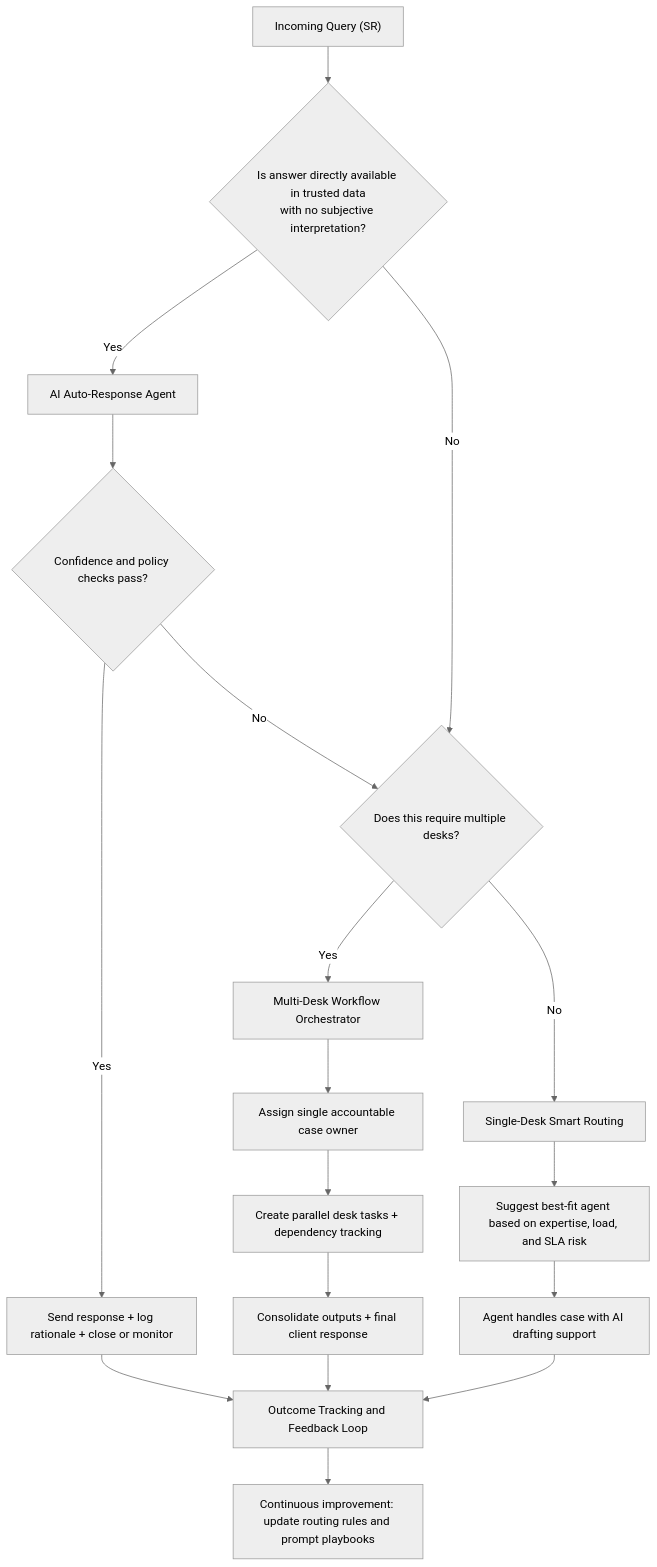
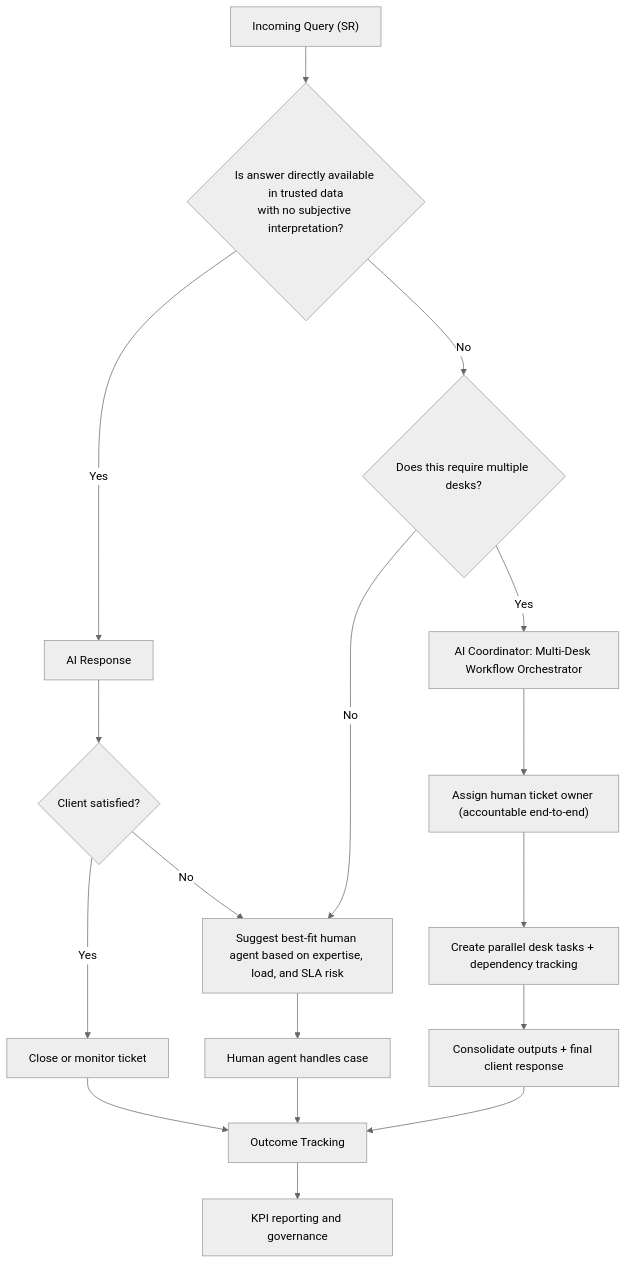
The diagram in solution/decision_tree/decision_tree.md (plutoskio/BNP_BDD), drawn with Mermaid (neutral theme) before and after one commit. The commit also changed other lines of this file, not shown here.

Commit message:
Save latest changes

````diff
--- a/solution/decision_tree/decision_tree.md
+++ b/solution/decision_tree/decision_tree.md
@@ -11,25 +11,24 @@
 ```mermaid
 flowchart TD
     A["Incoming Query (SR)"] --> B{"Is answer directly available in trusted data<br/>with no subjective interpretation?"}
 
-    B -- Yes --> C["AI Auto-Response Agent"]
-    C --> C1{"Confidence and policy checks pass?"}
-    C1 -- Yes --> C2["Send response + log rationale + close or monitor"]
-    C1 -- No --> D
+    B -- Yes --> C["AI Response"]
+    C --> C3{"Client satisfied?"}
+    C3 -- Yes --> C4["Close or monitor ticket"]
+    C3 -- No --> F["Suggest best-fit human agent based on expertise, load, and SLA risk"]
 
     B -- No --> D{"Does this require multiple desks?"}
 
-    D -- Yes --> E["Multi-Desk Workflow Orchestrator"]
-    E --> E1["Assign single accountable case owner"]
+    D -- No --> F["Suggest best-fit human agent based on expertise, load, and SLA risk"]
+    D -- Yes --> E["AI Coordinator: Multi-Desk Workflow Orchestrator"]
+    E --> E1["Assign human ticket owner (accountable end-to-end)"]
     E1 --> E2["Create parallel desk tasks + dependency tracking"]
     E2 --> E3["Consolidate outputs + final client response"]
 
-    D -- No --> F["Single-Desk Smart Routing"]
-    F --> F1["Suggest best-fit agent based on expertise, load, and SLA risk"]
-    F1 --> F2["Agent handles case with AI drafting support"]
+    F --> F2["Human agent handles case"]
 
-    C2 --> G["Outcome Tracking and Feedback Loop"]
+    C4 --> G["Outcome Tracking"]
     E3 --> G
     F2 --> G
-    G --> H["Continuous improvement: update routing rules and prompt playbooks"]
+    G --> H["KPI reporting and governance"]
 ```
````
